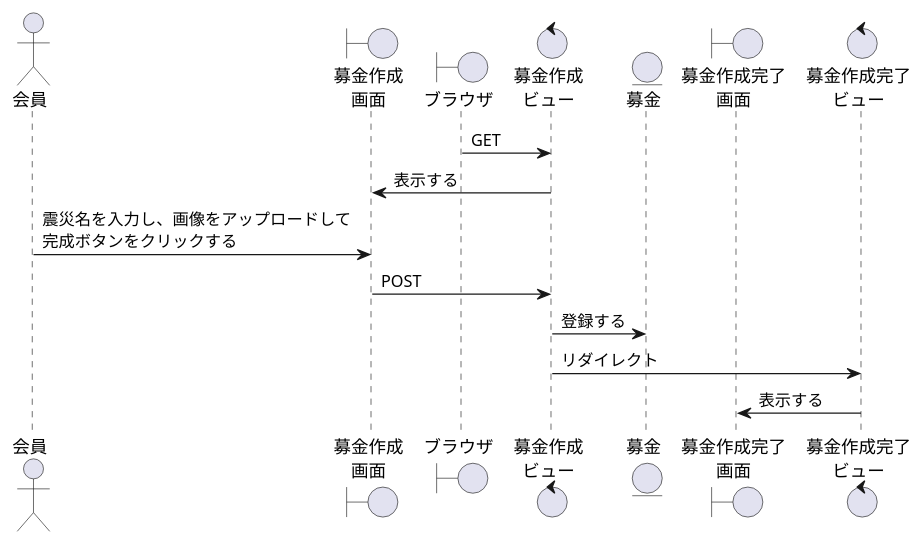
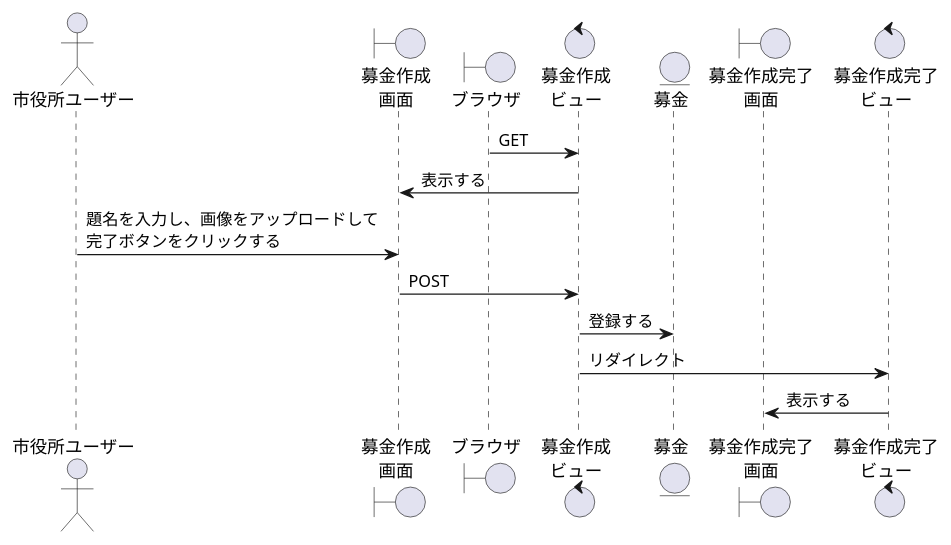
One commit to ysyk-wtnb16/team_D changed the diagram in 卒業研究/募金ページ作成.wsd. Above: the diagram before and after it, drawn with PlantUML. The commit also changed 4 other files, not shown here.

```diff
--- a/卒業研究/募金ページ作成.wsd
+++ b/卒業研究/募金ページ作成.wsd
@@ -1,17 +1,17 @@
 @startuml Fundraising
-actor "会員" as user
+actor "市役所ユーザー" as user
 boundary "募金作成\n画面" as Fundraisings
 boundary "ブラウザ" as brz
 control "募金作成\nビュー" as Fundraisingv
 entity "募金" as Fundraising
 boundary "募金作成完了\n画面" as Fundraisingoks
 control "募金作成完了\nビュー" as Fundraisingokv
 
 brz -> Fundraisingv:GET
 Fundraisings <- Fundraisingv:表示する
-user -> Fundraisings:震災名を入力し、画像をアップロードして\n完成ボタンをクリックする
+user -> Fundraisings:題名を入力し、画像をアップロードして\n完了ボタンをクリックする
 Fundraisings -> Fundraisingv:POST
 Fundraisingv -> Fundraising:登録する
 Fundraisingv -> Fundraisingokv:リダイレクト
 Fundraisingoks <- Fundraisingokv:表示する
 @enduml
```
